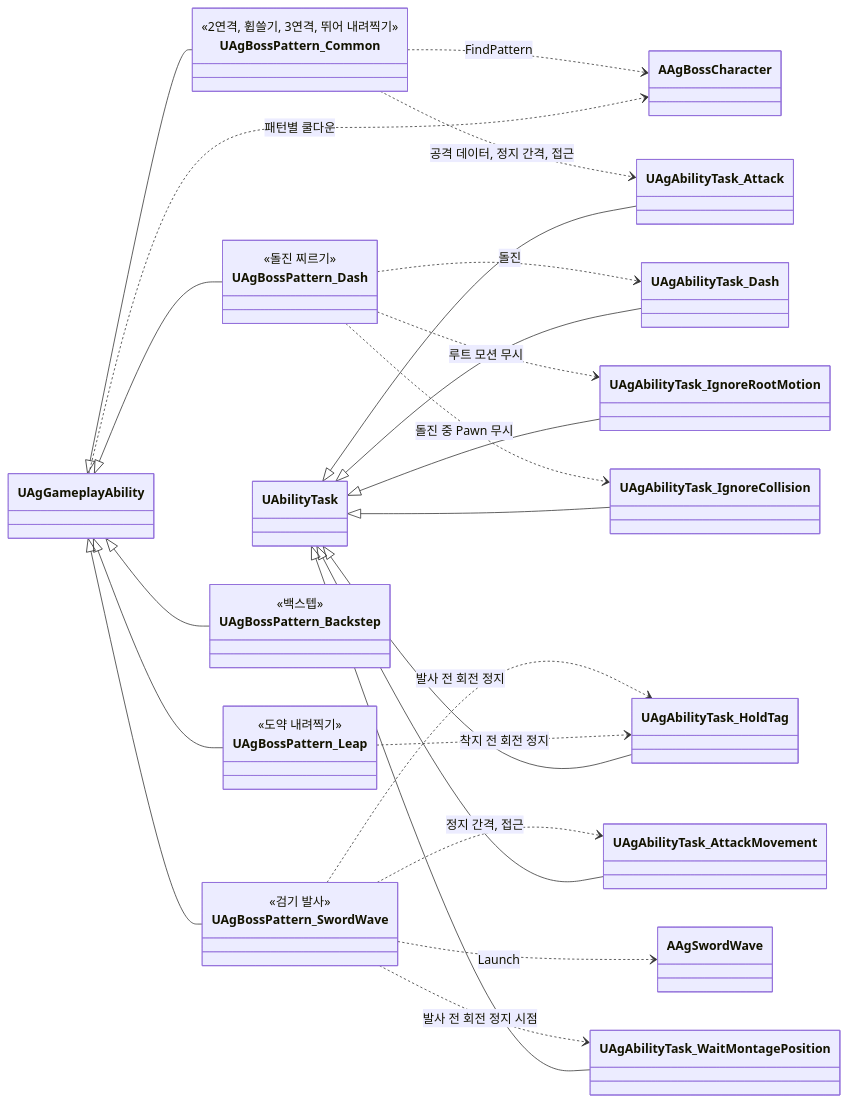
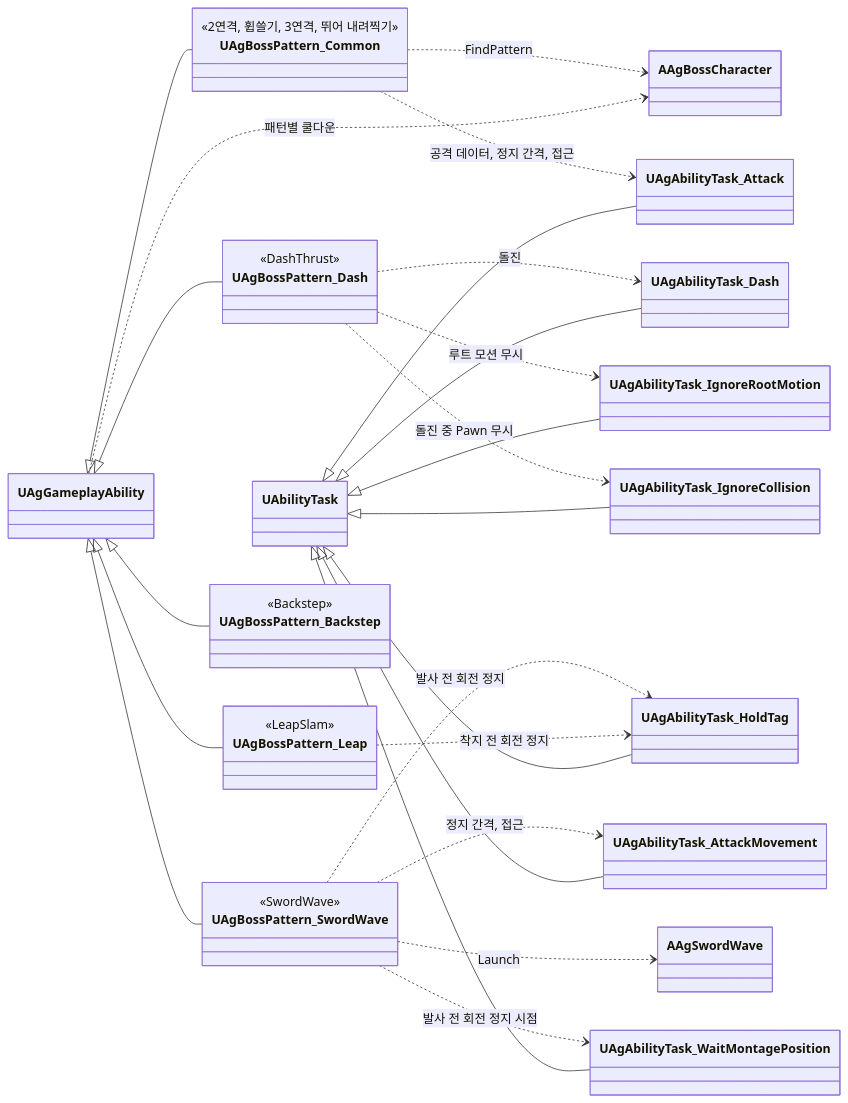
The second of 3 diagrams in Docs/Program/보스.md (Woogl/Ag), drawn with Mermaid before and after one commit. The commit also changed other lines of this file and 41 other files, not shown here.

````diff
--- a/Docs/Program/보스.md
+++ b/Docs/Program/보스.md
@@ -89,43 +88,43 @@
 ```mermaid
 classDiagram
     direction LR
     class UAgBossPattern_Common {
         <<2연격, 휩쓸기, 3연격, 뛰어 내려찍기>>
     }
     class UAgBossPattern_Dash {
-        <<돌진 찌르기>>
+        <<DashThrust>>
     }
     class UAgBossPattern_Leap {
-        <<도약 내려찍기>>
+        <<LeapSlam>>
     }
     class UAgBossPattern_SwordWave {
-        <<검기 발사>>
+        <<SwordWave>>
     }
     class UAgBossPattern_Backstep {
-        <<백스텝>>
+        <<Backstep>>
     }
     UAgGameplayAbility <|-- UAgBossPattern_Common
     UAgGameplayAbility <|-- UAgBossPattern_Dash
     UAgGameplayAbility <|-- UAgBossPattern_Leap
     UAgGameplayAbility <|-- UAgBossPattern_SwordWave
     UAgGameplayAbility <|-- UAgBossPattern_Backstep
 
     UAgBossPattern_Common ..> AAgBossCharacter : FindPattern
     UAgBossPattern_Common ..> UAgAbilityTask_Attack : 공격 데이터, 정지 간격, 접근
     UAgBossPattern_SwordWave ..> UAgAbilityTask_AttackMovement : 정지 간격, 접근
     UAgBossPattern_Dash ..> UAgAbilityTask_Dash : 돌진
     UAgBossPattern_Dash ..> UAgAbilityTask_IgnoreRootMotion : 루트 모션 무시
     UAgBossPattern_Dash ..> UAgAbilityTask_IgnoreCollision : 돌진 중 Pawn 무시
     UAgBossPattern_SwordWave ..> AAgSwordWave : Launch
     UAgBossPattern_SwordWave ..> UAgAbilityTask_WaitMontagePosition : 발사 전 회전 정지 시점
     UAgBossPattern_SwordWave ..> UAgAbilityTask_HoldTag : 발사 전 회전 정지
     UAgBossPattern_Leap ..> UAgAbilityTask_HoldTag : 착지 전 회전 정지
     UAgGameplayAbility ..> AAgBossCharacter : 패턴별 쿨다운
     UAbilityTask <|-- UAgAbilityTask_Attack
     UAbilityTask <|-- UAgAbilityTask_Dash
     UAbilityTask <|-- UAgAbilityTask_IgnoreRootMotion
     UAbilityTask <|-- UAgAbilityTask_IgnoreCollision
     UAbilityTask <|-- UAgAbilityTask_AttackMovement
     UAbilityTask <|-- UAgAbilityTask_WaitMontagePosition
     UAbilityTask <|-- UAgAbilityTask_HoldTag
 ```
````
